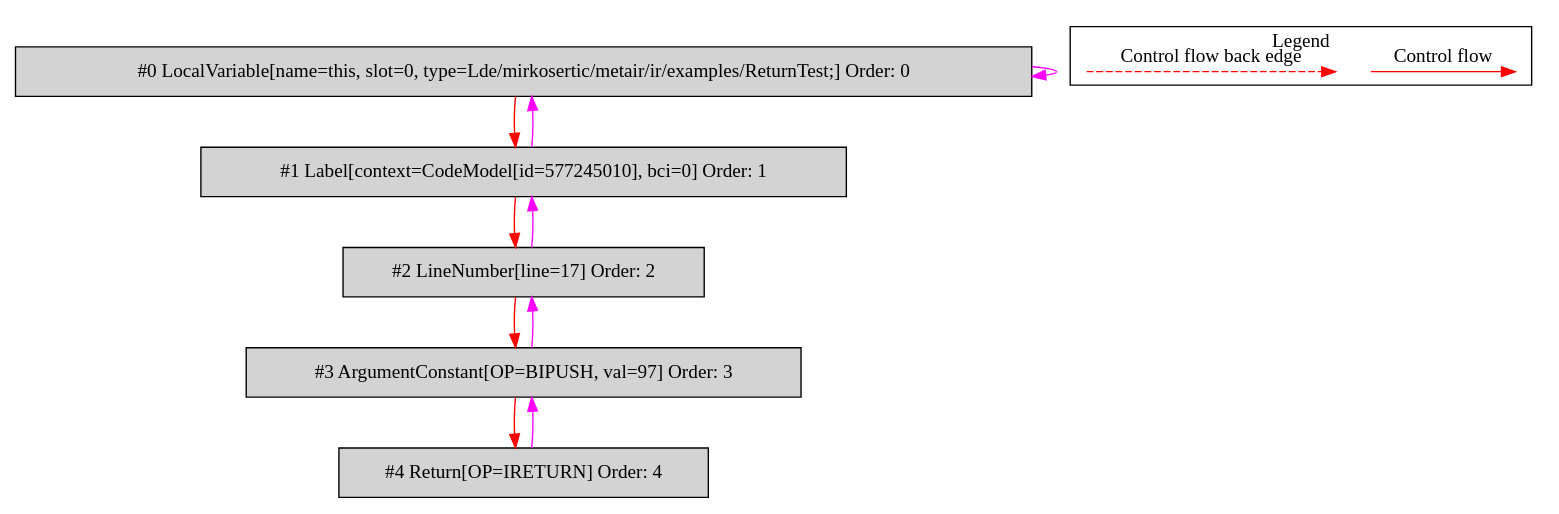
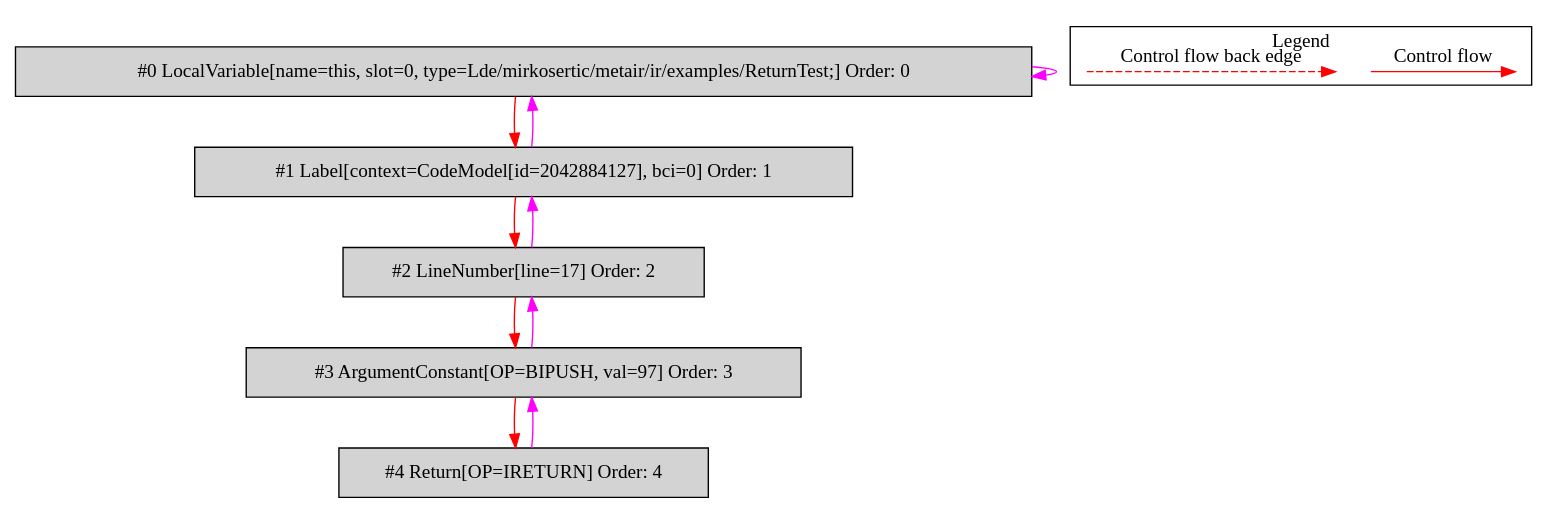
One commit to mirkosertic/MetaIR changed the diagram in de.mirkosertic.metair.ir.examples.ReturnTest/returnChar/bytecodecfg.dot. Above: the diagram before and after it, drawn with Graphviz. The commit also changed 1230 other files, not shown here.

```diff
--- a/de.mirkosertic.metair.ir.examples.ReturnTest/returnChar/bytecodecfg.dot
+++ b/de.mirkosertic.metair.ir.examples.ReturnTest/returnChar/bytecodecfg.dot
@@ -1,31 +1,31 @@
 digraph {
  ordering="in";
  node0[label="#0 LocalVariable[name=this, slot=0, type=Lde/mirkosertic/metair/ir/examples/ReturnTest;] Order: 0", shape=box, fillcolor=lightgrey, style=filled];
- node1[label="#1 Label[context=CodeModel[id=577245010], bci=0] Order: 1", shape=box, fillcolor=lightgrey, style=filled];
+ node1[label="#1 Label[context=CodeModel[id=2042884127], bci=0] Order: 1", shape=box, fillcolor=lightgrey, style=filled];
  node2[label="#2 LineNumber[line=17] Order: 2", shape=box, fillcolor=lightgrey, style=filled];
  node3[label="#3 ArgumentConstant[OP=BIPUSH, val=97] Order: 3", shape=box, fillcolor=lightgrey, style=filled];
  node4[label="#4 Return[OP=IRETURN] Order: 4", shape=box, fillcolor=lightgrey, style=filled];
  node0 -> node0[color=fuchsia];
  node0 -> node1[color=red];
  node1 -> node0[color=fuchsia];
  node1 -> node2[color=red];
  node2 -> node1[color=fuchsia];
  node2 -> node3[color=red];
  node3 -> node2[color=fuchsia];
  node3 -> node4[color=red];
  node4 -> node3[color=fuchsia];
  subgraph cluster_000 {
   label = "Legend";
   node [shape=point]
   {
    rank=same;
    c0 [style = invis];
    c1 [style = invis];
    c2 [style = invis];
    c3 [style = invis];
   }
   c0 -> c1 [label="Control flow", style=solid, color=red]
   c2 -> c3 [label="Control flow back edge", style=dashed, color=red]
  }
 
 }
```
